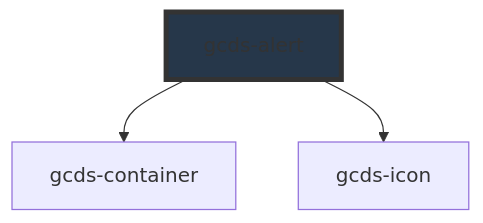
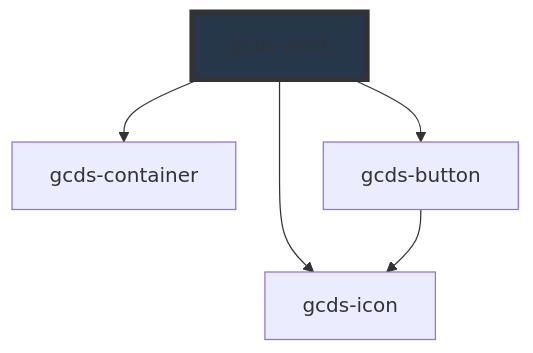
One commit to cds-snc/gcds-components changed the diagram in packages/web/src/components/gcds-alert/readme.md. Above: the diagram before and after it, drawn with Mermaid. The commit also changed other lines of this file and 21 other files, not shown here.

Commit message:
style(gcds-alert): update alert component styling (#1373)

````diff
--- a/packages/web/src/components/gcds-alert/readme.md
+++ b/packages/web/src/components/gcds-alert/readme.md
@@ -46,6 +47,8 @@
 ```mermaid
 graph TD;
   gcds-alert --> gcds-container
   gcds-alert --> gcds-icon
+  gcds-alert --> gcds-button
+  gcds-button --> gcds-icon
   style gcds-alert fill:#26374a,stroke:#333,stroke-width:4px
 ```
````
